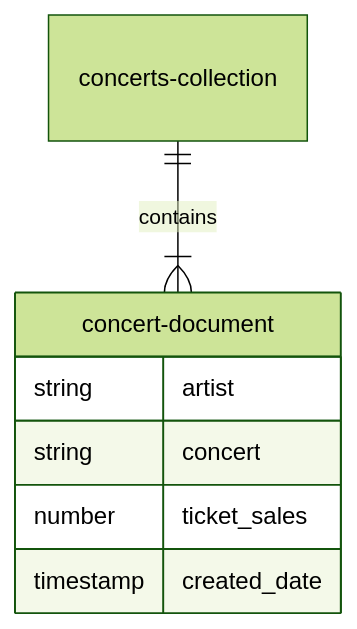
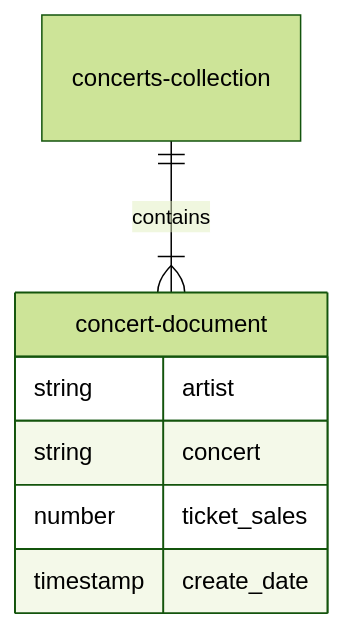
Before and after one commit to moonline/Lab.GCP.API-Gateway: the fourth of 4 diagrams in README.md, drawn with Mermaid (forest theme). The commit also changed other lines of this file and 4 other files, not shown here.

````diff
--- a/README.md
+++ b/README.md
@@ -140,12 +150,12 @@
 ```mermaid
 erDiagram
 
 concerts-collection {}
 concerts-collection ||--|{ concert-document : contains
 concert-document {
     string artist
     string concert
     number ticket_sales
-    timestamp created_date
+    timestamp create_date
 }
 ```
````
